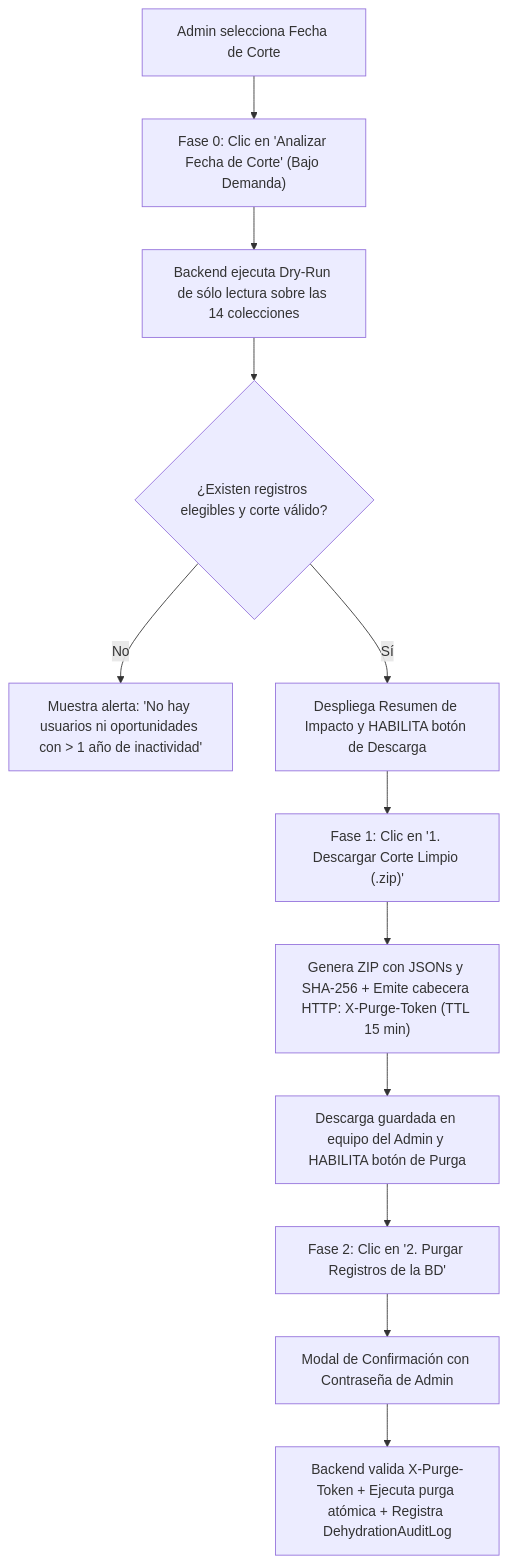
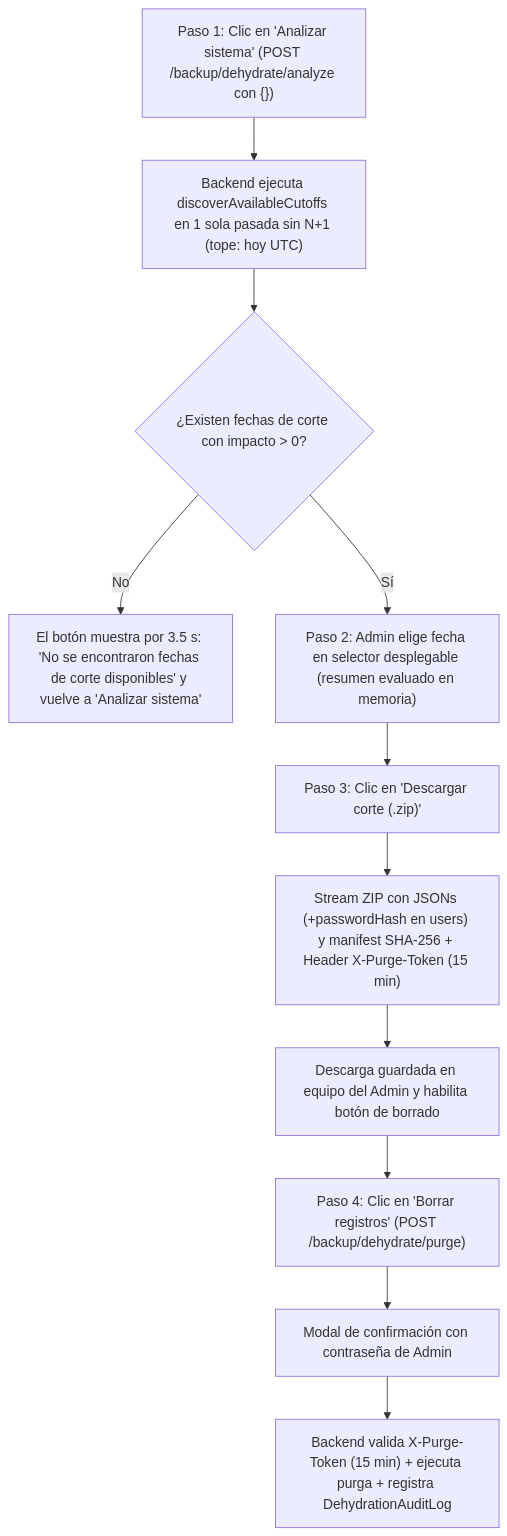
Before and after one commit to proyecto-web-abaq/documentation: the seventh of 14 diagrams in docs/technical/ciclo-vida-voluntarios-deshidratacion-design.md, drawn with Mermaid. The commit also changed other lines of this file and 4 other files, not shown here.

Commit message:
docs(technical): document dynamic backup registry, 4-step cutoff flow, and immediate inactive eligibility without background cron

````diff
--- a/docs/technical/ciclo-vida-voluntarios-deshidratacion-design.md
+++ b/docs/technical/ciclo-vida-voluntarios-deshidratacion-design.md
@@ -382,14 +377,13 @@
 ```mermaid
 flowchart TD
-    A["Admin selecciona Fecha de Corte"] --> B["Fase 0: Clic en 'Analizar Fecha de Corte' (Bajo Demanda)"]
-    B --> C["Backend ejecuta Dry-Run de sólo lectura sobre las 14 colecciones"]
-    C --> D{"¿Existen registros elegibles y corte válido?"}
-    D -- No --> E["Muestra alerta: 'No hay usuarios ni oportunidades con > 1 año de inactividad'"]
-    D -- Sí --> F["Despliega Resumen de Impacto y HABILITA botón de Descarga"]
-    F --> G["Fase 1: Clic en '1. Descargar Corte Limpio (.zip)'"]
-    G --> H["Genera ZIP con JSONs y SHA-256 + Emite cabecera HTTP: X-Purge-Token (TTL 15 min)"]
-    H --> I["Descarga guardada en equipo del Admin y HABILITA botón de Purga"]
-    I --> J["Fase 2: Clic en '2. Purgar Registros de la BD'"]
-    J --> K["Modal de Confirmación con Contraseña de Admin"]
-    K --> L["Backend valida X-Purge-Token + Ejecuta purga atómica + Registra DehydrationAuditLog"]
+    A["Paso 1: Clic en 'Analizar sistema' (POST /backup/dehydrate/analyze con {})"] --> B["Backend ejecuta discoverAvailableCutoffs en 1 sola pasada sin N+1 (tope: hoy UTC)"]
+    B --> C{"¿Existen fechas de corte con impacto > 0?"}
+    C -- No --> D["El botón muestra por 3.5 s: 'No se encontraron fechas de corte disponibles' y vuelve a 'Analizar sistema'"]
+    C -- Sí --> E["Paso 2: Admin elige fecha en selector desplegable (resumen evaluado en memoria)"]
+    E --> F["Paso 3: Clic en 'Descargar corte (.zip)'"]
+    F --> G["Stream ZIP con JSONs (+passwordHash en users) y manifest SHA-256 + Header X-Purge-Token (15 min)"]
+    G --> H["Descarga guardada en equipo del Admin y habilita botón de borrado"]
+    H --> I["Paso 4: Clic en 'Borrar registros' (POST /backup/dehydrate/purge)"]
+    I --> J["Modal de confirmación con contraseña de Admin"]
+    J --> K["Backend valida X-Purge-Token (15 min) + ejecuta purga + registra DehydrationAuditLog"]
 ```
````
